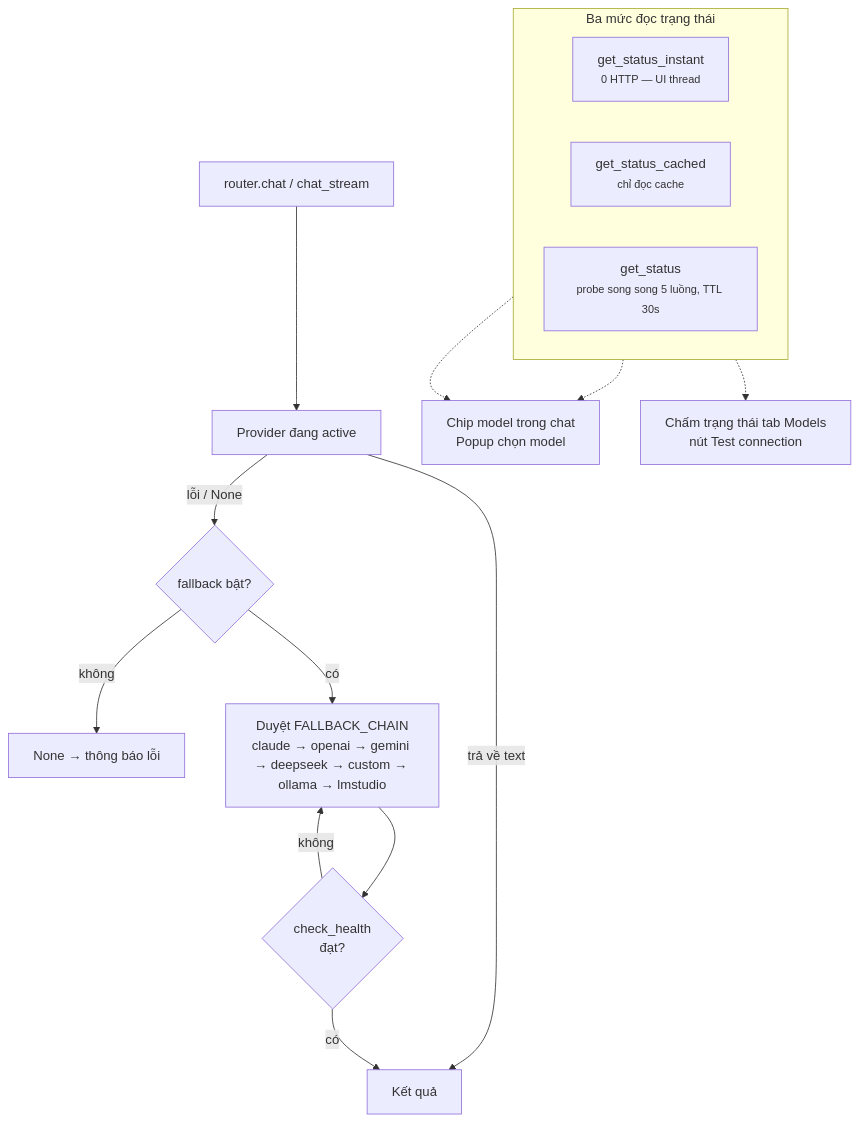
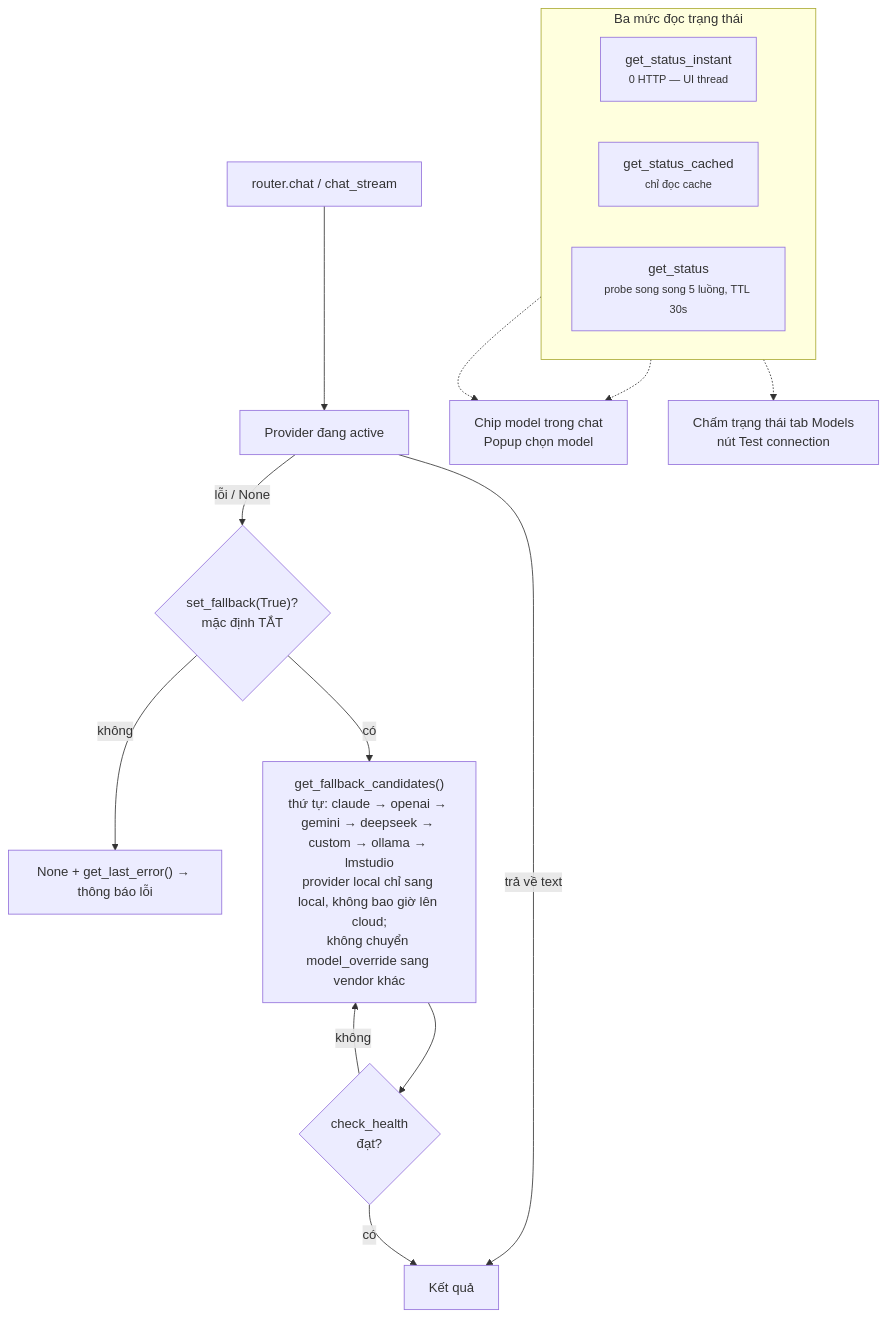
The fourth of 5 diagrams in docs/assistant-llms-setting-flow.md (thanhtranarch/T3LabLite), drawn with Mermaid before and after one commit. The commit also changed other lines of this file and 21 other files, not shown here.

````diff
--- a/docs/assistant-llms-setting-flow.md
+++ b/docs/assistant-llms-setting-flow.md
@@ -142,22 +144,22 @@
 ```mermaid
 flowchart TD
     REQ["router.chat / chat_stream"] --> ACT["Provider đang active"]
     ACT -- "trả về text" --> OK["Kết quả"]
-    ACT -- "lỗi / None" --> FB{"fallback bật?"}
-    FB -- không --> NONE["None → thông báo lỗi"]
-    FB -- có --> CHAIN["Duyệt FALLBACK_CHAIN<br/>claude → openai → gemini → deepseek → custom → ollama → lmstudio"]
+    ACT -- "lỗi / None" --> FB{"set_fallback(True)?<br/>mặc định TẮT"}
+    FB -- không --> NONE["None + get_last_error() → thông báo lỗi"]
+    FB -- có --> CHAIN["get_fallback_candidates()<br/>thứ tự: claude → openai → gemini → deepseek → custom → ollama → lmstudio<br/>provider local chỉ sang local, không bao giờ lên cloud;<br/>không chuyển model_override sang vendor khác"]
     CHAIN --> HC{"check_health<br/>đạt?"}
     HC -- không --> CHAIN
     HC -- có --> OK
 
     subgraph ST["Ba mức đọc trạng thái"]
         direction LR
         I["get_status_instant<br/><small>0 HTTP — UI thread</small>"]
         CH["get_status_cached<br/><small>chỉ đọc cache</small>"]
         FULL["get_status<br/><small>probe song song 5 luồng, TTL 30s</small>"]
     end
 
     I -.-> UI1["Chip model trong chat<br/>Popup chọn model"]
     FULL -.-> UI2["Chấm trạng thái tab Models<br/>nút Test connection"]
     CH -.-> UI1
 ```
````
